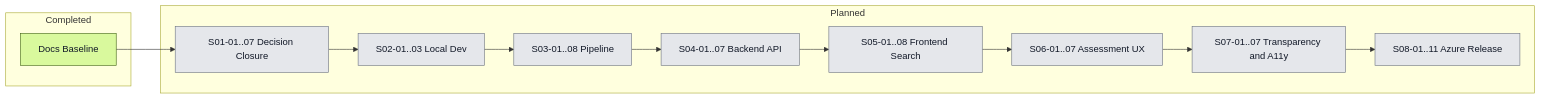
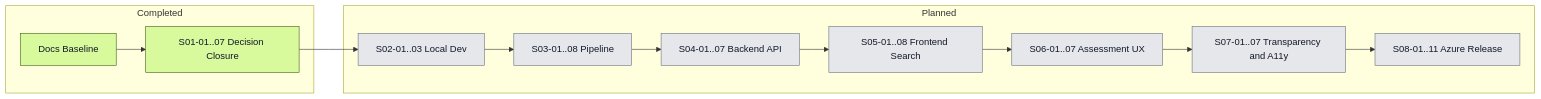
Before and after one commit to artemsemdev/SeaRise-Europe: the second of 2 diagrams in docs/delivery/ROADMAP.md, drawn with Mermaid. The commit also changed other lines of this file and 20 other files, not shown here.

Commit message:
feat: Epic 01 Decision Closure is fully implemented.

````diff
--- a/docs/delivery/ROADMAP.md
+++ b/docs/delivery/ROADMAP.md
@@ -193,25 +193,25 @@
 ```mermaid
 flowchart LR
     subgraph Completed
         B[Docs Baseline]
+        W1[S01-01..07 Decision Closure]
     end
 
     subgraph Planned
-        W1[S01-01..07 Decision Closure]
         W2[S02-01..03 Local Dev]
         W3[S03-01..08 Pipeline]
         W4[S04-01..07 Backend API]
         W5[S05-01..08 Frontend Search]
         W6[S06-01..07 Assessment UX]
         W7[S07-01..07 Transparency and A11y]
         W8[S08-01..11 Azure Release]
     end
 
     B --> W1 --> W2 --> W3 --> W4 --> W5 --> W6 --> W7 --> W8
 
     classDef done fill:#d9f99d,stroke:#3f6212,color:#111827;
     classDef later fill:#e5e7eb,stroke:#6b7280,color:#111827;
 
-    class B done;
-    class W1,W2,W3,W4,W5,W6,W7,W8 later;
+    class B,W1 done;
+    class W2,W3,W4,W5,W6,W7,W8 later;
 ```
````
